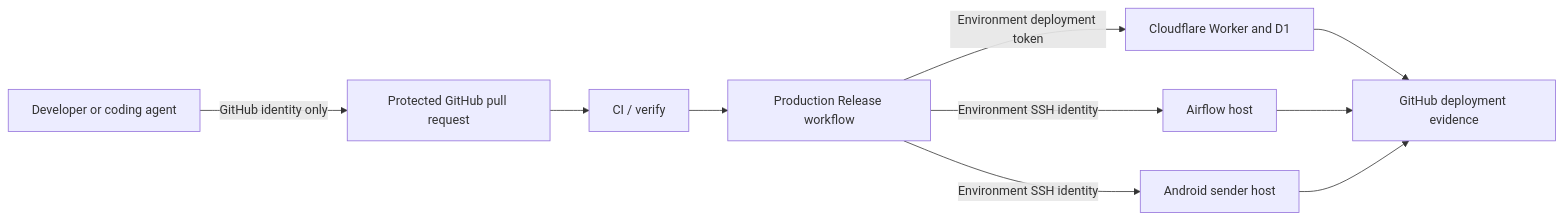
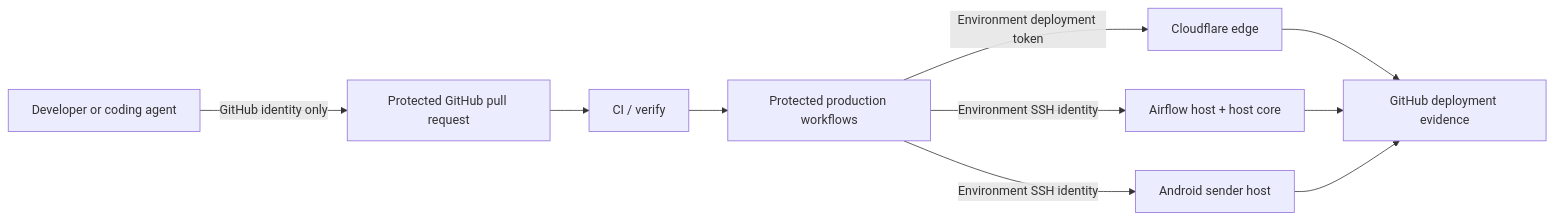
The first of 3 diagrams in ARCHITECTURE.md (claude89757/wechat-on-airflow), drawn with Mermaid before and after one commit. The commit also changed other lines of this file, not shown here.

Commit message:
docs(host-core): redefine Cloudflare as a stateless edge

````diff
--- a/ARCHITECTURE.md
+++ b/ARCHITECTURE.md
@@ -5,12 +5,12 @@
 ```mermaid
 flowchart LR
     Dev["Developer or coding agent"] -->|"GitHub identity only"| PR["Protected GitHub pull request"]
     PR --> CI["CI / verify"]
-    CI --> Release["Production Release workflow"]
-    Release -->|"Environment deployment token"| CF["Cloudflare Worker and D1"]
-    Release -->|"Environment SSH identity"| Airflow["Airflow host"]
+    CI --> Release["Protected production workflows"]
+    Release -->|"Environment deployment token"| Edge["Cloudflare edge"]
+    Release -->|"Environment SSH identity"| Host["Airflow host + host core"]
     Release -->|"Environment SSH identity"| Sender["Android sender host"]
-    CF --> Evidence["GitHub deployment evidence"]
-    Airflow --> Evidence
+    Edge --> Evidence["GitHub deployment evidence"]
+    Host --> Evidence
     Sender --> Evidence
 ```
````
